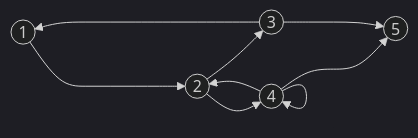
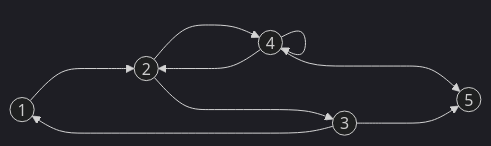
Before and after one commit to sd4483/Obsidian: the diagram in Software Testing/Paths.md, drawn with Mermaid (dark theme). The commit also changed other lines of this file and 1 other file, not shown here.

````diff
--- a/Software Testing/Paths.md
+++ b/Software Testing/Paths.md
@@ -15,8 +15,8 @@
 ```mermaid
 flowchart LR
-	id1((1)) ----> id2((2)) --> id3((3)) --> id1
-	id2 --> id4((4)) --> id2
+	id1((1)) ---> id2((2)) ----> id3((3)) --> id1
+	id2 ---> id4((4)) ---> id2
 	id4 --> id4
 	id4 ---> id5((5))
 	id3 ---> id5
 ```
````
